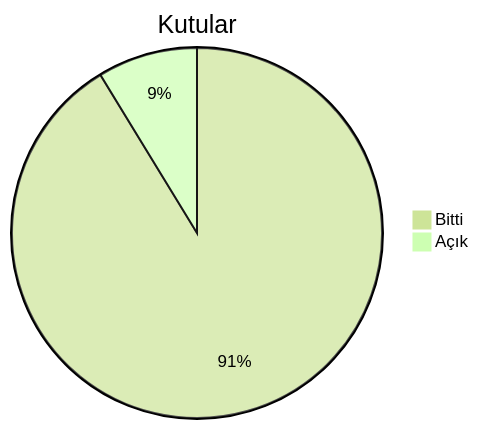
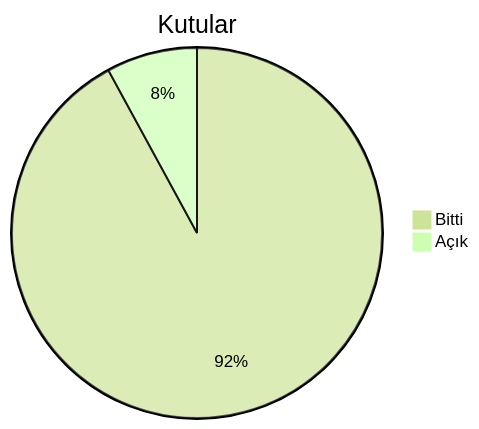
One commit to dogancanyildiz/kenet changed the second of 4 diagrams in docs/roadmap.md. Above: the diagram before and after it, drawn with Mermaid (forest theme). The commit also changed other lines of this file and 19 other files, not shown here.

````diff
--- a/docs/roadmap.md
+++ b/docs/roadmap.md
@@ -46,5 +46,5 @@
 ```mermaid
 pie title Kutular
-    "Bitti" : 115
-    "Açık" : 11
+    "Bitti" : 116
+    "Açık" : 10
 ```
````
